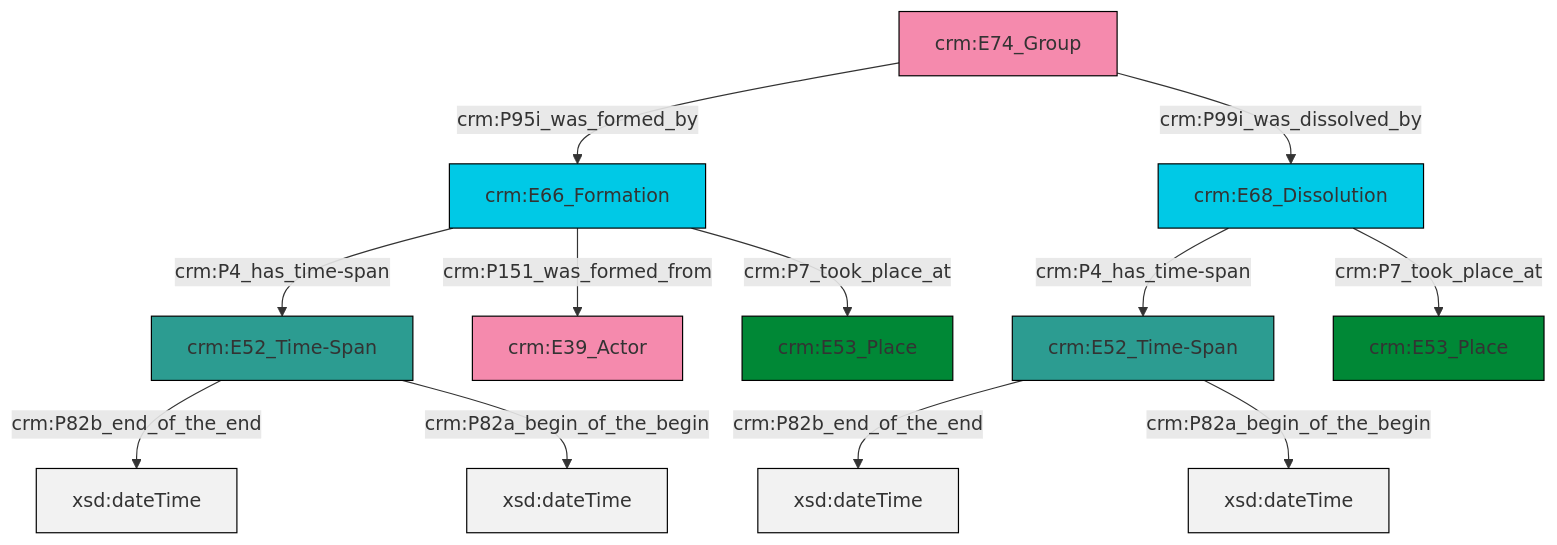
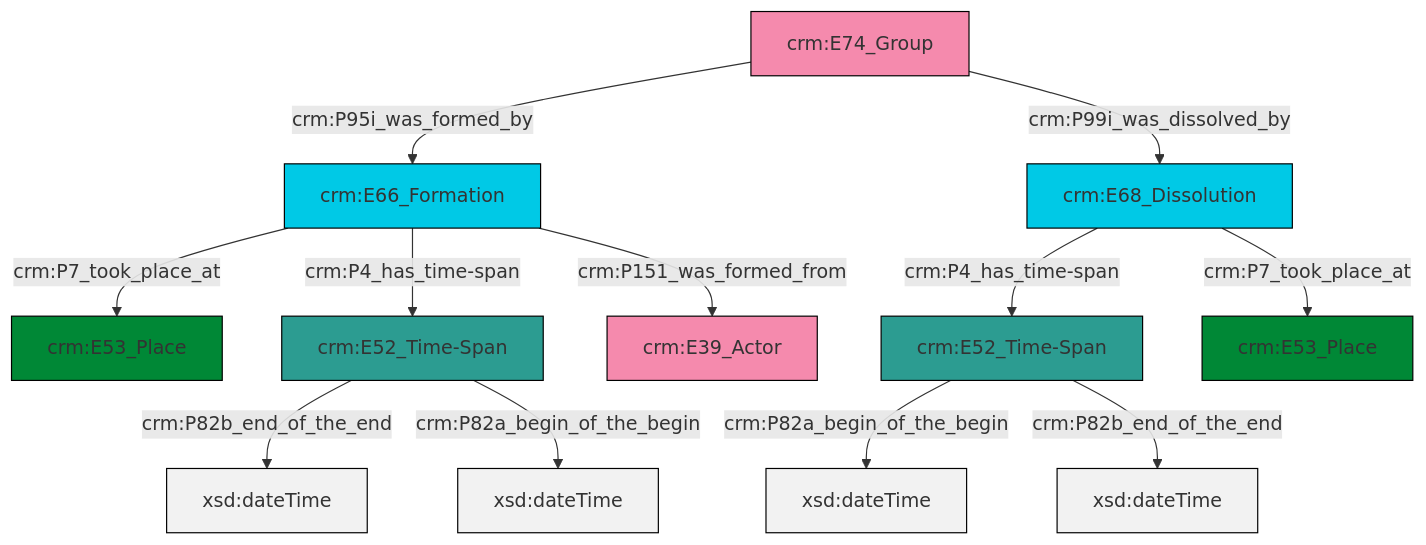
Before and after one commit to swiss-art-research-net/reference-data-models: the diagram in et/groupCSV/ttl/mmd/group_existence.ttl.mmd, drawn with Mermaid. The commit also changed 126 other files, not shown here.

```diff
--- a/et/groupCSV/ttl/mmd/group_existence.ttl.mmd
+++ b/et/groupCSV/ttl/mmd/group_existence.ttl.mmd
@@ -1,26 +1,26 @@
 graph TD
 classDef Literal fill:#f2f2f2,stroke:#000000;
 classDef CRM_Entity fill:#FFFFFF,stroke:#000000;
 classDef Temporal_Entity fill:#00C9E6, stroke:#000000;
 classDef Type fill:#E18312, stroke:#000000;
 classDef Time-Span fill:#2C9C91, stroke:#000000;
 classDef Appellation fill:#FFEB7F, stroke:#000000;
 classDef Place fill:#008836, stroke:#000000;
 classDef Persistent_Item fill:#B266B2, stroke:#000000;
 classDef Conceptual_Object fill:#FFD700, stroke:#000000;
 classDef Physical_Thing fill:#D2B48C, stroke:#000000;
 classDef Actor fill:#f58aad, stroke:#000000;
 classDef PC_Classes fill:#4ce600, stroke:#000000;
 classDef Multi fill:#cccccc,stroke:#000000;
 
-2["crm:E66_Formation"]:::Temporal_Entity -->|crm:P4_has_time-span| 3["crm:E52_Time-Span"]:::Time-Span
-5["crm:E74_Group"]:::Actor -->|crm:P95i_was_formed_by| 2["crm:E66_Formation"]:::Temporal_Entity
-3["crm:E52_Time-Span"]:::Time-Span -->|crm:P82b_end_of_the_end| 6[xsd:dateTime]:::Literal
-5["crm:E74_Group"]:::Actor -->|crm:P99i_was_dissolved_by| 7["crm:E68_Dissolution"]:::Temporal_Entity
-7["crm:E68_Dissolution"]:::Temporal_Entity -->|crm:P4_has_time-span| 8["crm:E52_Time-Span"]:::Time-Span
-7["crm:E68_Dissolution"]:::Temporal_Entity -->|crm:P7_took_place_at| 0["crm:E53_Place"]:::Place
-8["crm:E52_Time-Span"]:::Time-Span -->|crm:P82b_end_of_the_end| 9[xsd:dateTime]:::Literal
-2["crm:E66_Formation"]:::Temporal_Entity -->|crm:P151_was_formed_from| 10["crm:E39_Actor"]:::Actor
-2["crm:E66_Formation"]:::Temporal_Entity -->|crm:P7_took_place_at| 13["crm:E53_Place"]:::Place
-8["crm:E52_Time-Span"]:::Time-Span -->|crm:P82a_begin_of_the_begin| 15[xsd:dateTime]:::Literal
-3["crm:E52_Time-Span"]:::Time-Span -->|crm:P82a_begin_of_the_begin| 17[xsd:dateTime]:::Literal
+4["crm:E66_Formation"]:::Temporal_Entity -->|crm:P7_took_place_at| 5["crm:E53_Place"]:::Place
+6["crm:E74_Group"]:::Actor -->|crm:P95i_was_formed_by| 4["crm:E66_Formation"]:::Temporal_Entity
+9["crm:E52_Time-Span"]:::Time-Span -->|crm:P82b_end_of_the_end| 10[xsd:dateTime]:::Literal
+4["crm:E66_Formation"]:::Temporal_Entity -->|crm:P4_has_time-span| 9["crm:E52_Time-Span"]:::Time-Span
+6["crm:E74_Group"]:::Actor -->|crm:P99i_was_dissolved_by| 7["crm:E68_Dissolution"]:::Temporal_Entity
+4["crm:E66_Formation"]:::Temporal_Entity -->|crm:P151_was_formed_from| 11["crm:E39_Actor"]:::Actor
+9["crm:E52_Time-Span"]:::Time-Span -->|crm:P82a_begin_of_the_begin| 13[xsd:dateTime]:::Literal
+0["crm:E52_Time-Span"]:::Time-Span -->|crm:P82a_begin_of_the_begin| 14[xsd:dateTime]:::Literal
+7["crm:E68_Dissolution"]:::Temporal_Entity -->|crm:P4_has_time-span| 0["crm:E52_Time-Span"]:::Time-Span
+0["crm:E52_Time-Span"]:::Time-Span -->|crm:P82b_end_of_the_end| 19[xsd:dateTime]:::Literal
+7["crm:E68_Dissolution"]:::Temporal_Entity -->|crm:P7_took_place_at| 2["crm:E53_Place"]:::Place
```
